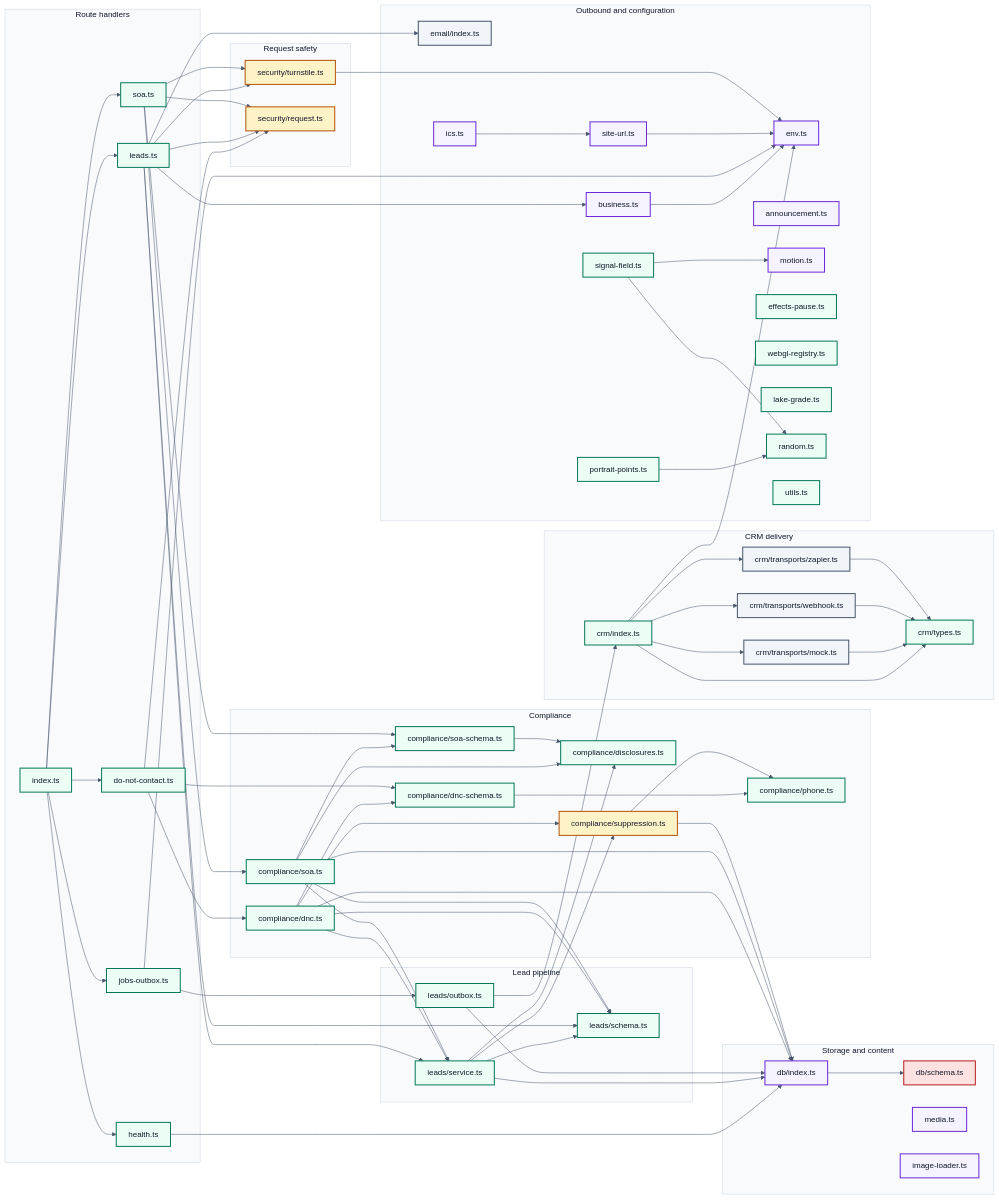
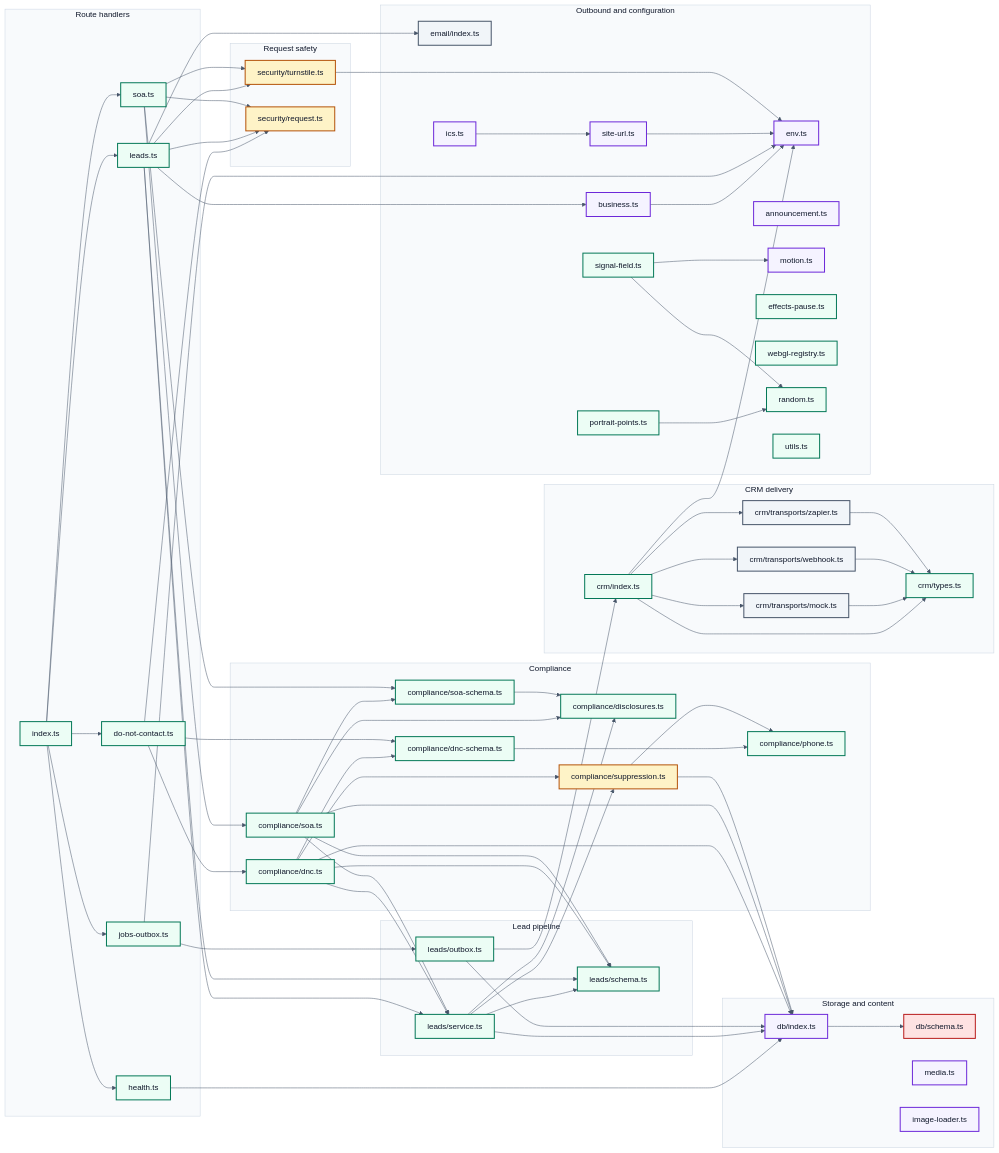
The diagram in docs/diagrams/D5-module-map.mmd (marc-mccarthy/legacy-benefits-mn), drawn with Mermaid before and after one commit. The commit also changed 349 other files, not shown here.

```diff
--- a/docs/diagrams/D5-module-map.mmd
+++ b/docs/diagrams/D5-module-map.mmd
@@ -1,147 +1,146 @@
 %%{init: {"theme":"base","themeVariables":{"fontFamily":"Helvetica Neue, Helvetica, Arial, sans-serif","fontSize":"16px","textColor":"#0F172A","background":"#FFFFFF","lineColor":"#475569","mainBkg":"#EFF6FF","nodeBorder":"#1D4ED8","primaryColor":"#EFF6FF","primaryBorderColor":"#1D4ED8","primaryTextColor":"#0F172A","secondaryColor":"#F1F5F9","secondaryBorderColor":"#475569","secondaryTextColor":"#0F172A","tertiaryColor":"#F8FAFC","tertiaryBorderColor":"#CBD5E1","tertiaryTextColor":"#0F172A","clusterBkg":"#F8FAFC","clusterBorder":"#CBD5E1","edgeLabelBackground":"#FFFFFF","actorBkg":"#EEF2FF","actorBorder":"#4338CA","actorTextColor":"#0F172A","signalColor":"#475569","signalTextColor":"#0F172A","noteBkgColor":"#FEF3C7","noteBorderColor":"#B45309","noteTextColor":"#0F172A","activationBkgColor":"#ECFDF5","activationBorderColor":"#047857","labelBoxBkgColor":"#FEF3C7","labelBoxBorderColor":"#B45309","sequenceNumberColor":"#FFFFFF"},"flowchart":{"htmlLabels":false,"curve":"basis","nodeSpacing":45,"rankSpacing":60,"padding":12},"sequence":{"useMaxWidth":false,"htmlLabels":false,"mirrorActors":false,"wrap":true,"width":190}}}%%
 flowchart LR
 accTitle: Every server module this repository owns, and what each one imports
 accDescr {
   A left-to-right map of the server side of the application, derived from the imports in the
   code rather than drawn by hand, so it cannot describe a wiring that no longer exists. Each
   box is one module; each arrow is one module importing another. Route handlers sit on the
   left, since every request enters through one of them. The two modules that verify a request
   and the one that decides whether a person may be contacted are drawn as gates, because their
   job is to reject. The database schema is drawn as regulated data, because that is what it
   declares. Test files are excluded: a test importing a module says nothing about how the
-  application is wired. 41 modules and 57 imports are drawn.
+  application is wired. 40 modules and 57 imports are drawn.
 }
 
 subgraph Routehandlers ["Route handlers"]
   apiRouter["index.ts"]
   leadsRoute["leads.ts"]
   soaRoute["soa.ts"]
   dncRoute["do-not-contact.ts"]
   jobsRoute["jobs-outbox.ts"]
   healthRoute["health.ts"]
 end
 
 subgraph Requestsafety ["Request safety"]
   turnstile["security/turnstile.ts"]
   request["security/request.ts"]
 end
 
 subgraph Leadpipeline ["Lead pipeline"]
   leadService["leads/service.ts"]
   leadSchema["leads/schema.ts"]
   outbox["leads/outbox.ts"]
 end
 
 subgraph Compliance ["Compliance"]
   disclosures["compliance/disclosures.ts"]
   suppression["compliance/suppression.ts"]
   phone["compliance/phone.ts"]
   dnc["compliance/dnc.ts"]
   dncSchema["compliance/dnc-schema.ts"]
   soa["compliance/soa.ts"]
   soaSchema["compliance/soa-schema.ts"]
 end
 
 subgraph CRMdelivery ["CRM delivery"]
   crm["crm/index.ts"]
   crmTypes["crm/types.ts"]
   webhook["crm/transports/webhook.ts"]
   zapier["crm/transports/zapier.ts"]
   mock["crm/transports/mock.ts"]
 end
 
 subgraph Storageandcontent ["Storage and content"]
   db["db/index.ts"]
   dbSchema["db/schema.ts"]
   media["media.ts"]
   imageLoader["image-loader.ts"]
 end
 
 subgraph Outboundandconfiguration ["Outbound and configuration"]
   email["email/index.ts"]
   env["env.ts"]
   siteUrl["site-url.ts"]
   ics["ics.ts"]
   business["business.ts"]
   announcement["announcement.ts"]
   motion["motion.ts"]
   effectsPause["effects-pause.ts"]
   webglRegistry["webgl-registry.ts"]
   portraitPoints["portrait-points.ts"]
   signalField["signal-field.ts"]
-  lakeGrade["lake-grade.ts"]
   random["random.ts"]
   utils["utils.ts"]
 end
 
 apiRouter --> dncRoute
 apiRouter --> healthRoute
 apiRouter --> jobsRoute
 apiRouter --> leadsRoute
 apiRouter --> soaRoute
 business --> env
 crm --> crmTypes
 crm --> env
 crm --> mock
 crm --> webhook
 crm --> zapier
 db --> dbSchema
 dnc --> db
 dnc --> dncSchema
 dnc --> leadSchema
 dnc --> leadService
 dnc --> suppression
 dncRoute --> dnc
 dncRoute --> dncSchema
 dncRoute --> request
 dncSchema --> phone
 healthRoute --> db
 ics --> siteUrl
 jobsRoute --> env
 jobsRoute --> outbox
 leadService --> db
 leadService --> disclosures
 leadService --> leadSchema
 leadService --> suppression
 leadsRoute --> business
 leadsRoute --> email
 leadsRoute --> leadSchema
 leadsRoute --> leadService
 leadsRoute --> request
 leadsRoute --> turnstile
 mock --> crmTypes
 outbox --> crm
 outbox --> db
 portraitPoints --> random
 signalField --> motion
 signalField --> random
 siteUrl --> env
 soa --> db
 soa --> disclosures
 soa --> leadSchema
 soa --> leadService
 soa --> soaSchema
 soaRoute --> request
 soaRoute --> soa
 soaRoute --> soaSchema
 soaRoute --> turnstile
 soaSchema --> disclosures
 suppression --> db
 suppression --> phone
 turnstile --> env
 webhook --> crmTypes
 zapier --> crmTypes
 
 classDef human    fill:#EEF2FF,stroke:#4338CA,stroke-width:2px,color:#0F172A
 classDef client   fill:#EFF6FF,stroke:#1D4ED8,stroke-width:2px,color:#0F172A
 classDef ours     fill:#ECFDF5,stroke:#047857,stroke-width:2px,color:#0F172A
 classDef guard    fill:#FEF3C7,stroke:#B45309,stroke-width:2px,color:#0F172A
 classDef vendor   fill:#F1F5F9,stroke:#475569,stroke-width:2px,color:#0F172A
 classDef phi      fill:#FEE2E2,stroke:#B91C1C,stroke-width:2px,color:#0F172A
 classDef artifact fill:#F5F3FF,stroke:#6D28D9,stroke-width:2px,color:#0F172A
 
-class apiRouter,leadsRoute,soaRoute,dncRoute,jobsRoute,healthRoute,leadService,leadSchema,outbox,disclosures,phone,dnc,dncSchema,soa,soaSchema,crm,crmTypes,effectsPause,webglRegistry,portraitPoints,signalField,lakeGrade,random,utils ours
+class apiRouter,leadsRoute,soaRoute,dncRoute,jobsRoute,healthRoute,leadService,leadSchema,outbox,disclosures,phone,dnc,dncSchema,soa,soaSchema,crm,crmTypes,effectsPause,webglRegistry,portraitPoints,signalField,random,utils ours
 class turnstile,request,suppression guard
 class webhook,zapier,mock,email vendor
 class dbSchema phi
 class db,media,imageLoader,env,siteUrl,ics,business,announcement,motion artifact
```
